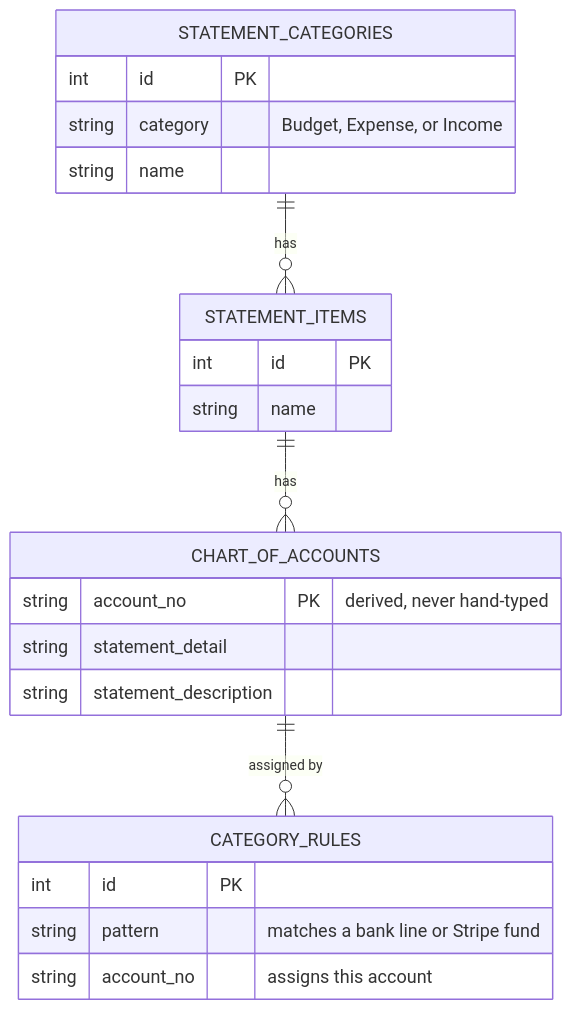
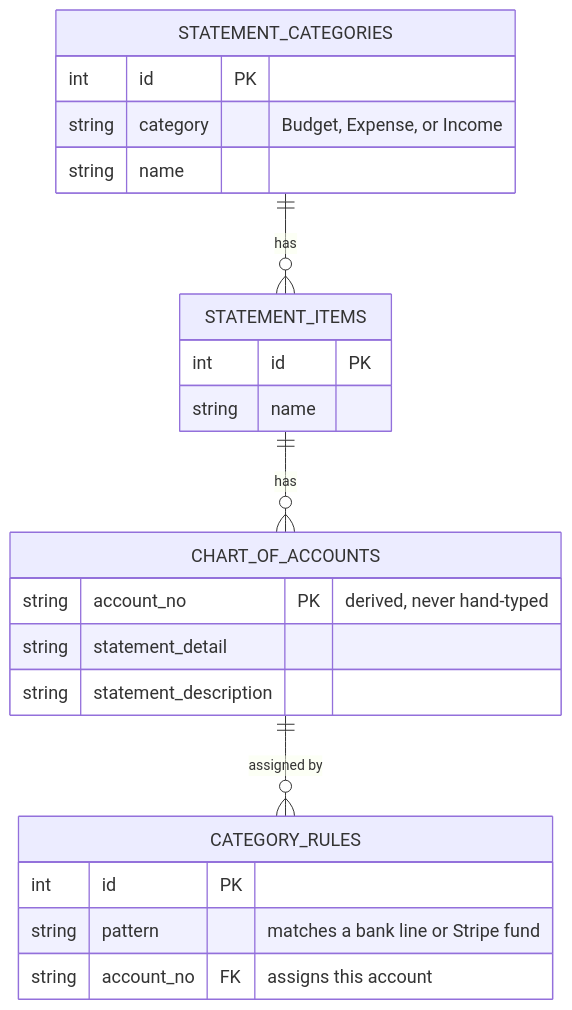
The fourth of 6 diagrams in docs/ARCHITECTURE.md (treasurer-cwmtc/cross-way-ledger), drawn with Mermaid before and after one commit. The commit also changed other lines of this file and 23 other files, not shown here.

````diff
--- a/docs/ARCHITECTURE.md
+++ b/docs/ARCHITECTURE.md
@@ -167,27 +167,27 @@
 ```mermaid
 %%{init: {"themeVariables": {"fontSize": "18px"}}}%%
 erDiagram
     STATEMENT_CATEGORIES {
         int id PK
         string category "Budget, Expense, or Income"
         string name
     }
     STATEMENT_ITEMS {
         int id PK
         string name
     }
     CHART_OF_ACCOUNTS {
         string account_no PK "derived, never hand-typed"
         string statement_detail
         string statement_description
     }
     CATEGORY_RULES {
         int id PK
         string pattern "matches a bank line or Stripe fund"
-        string account_no "assigns this account"
+        string account_no FK "assigns this account"
     }
 
     STATEMENT_CATEGORIES ||--o{ STATEMENT_ITEMS : has
     STATEMENT_ITEMS ||--o{ CHART_OF_ACCOUNTS : has
     CHART_OF_ACCOUNTS ||--o{ CATEGORY_RULES : "assigned by"
 ```
````
